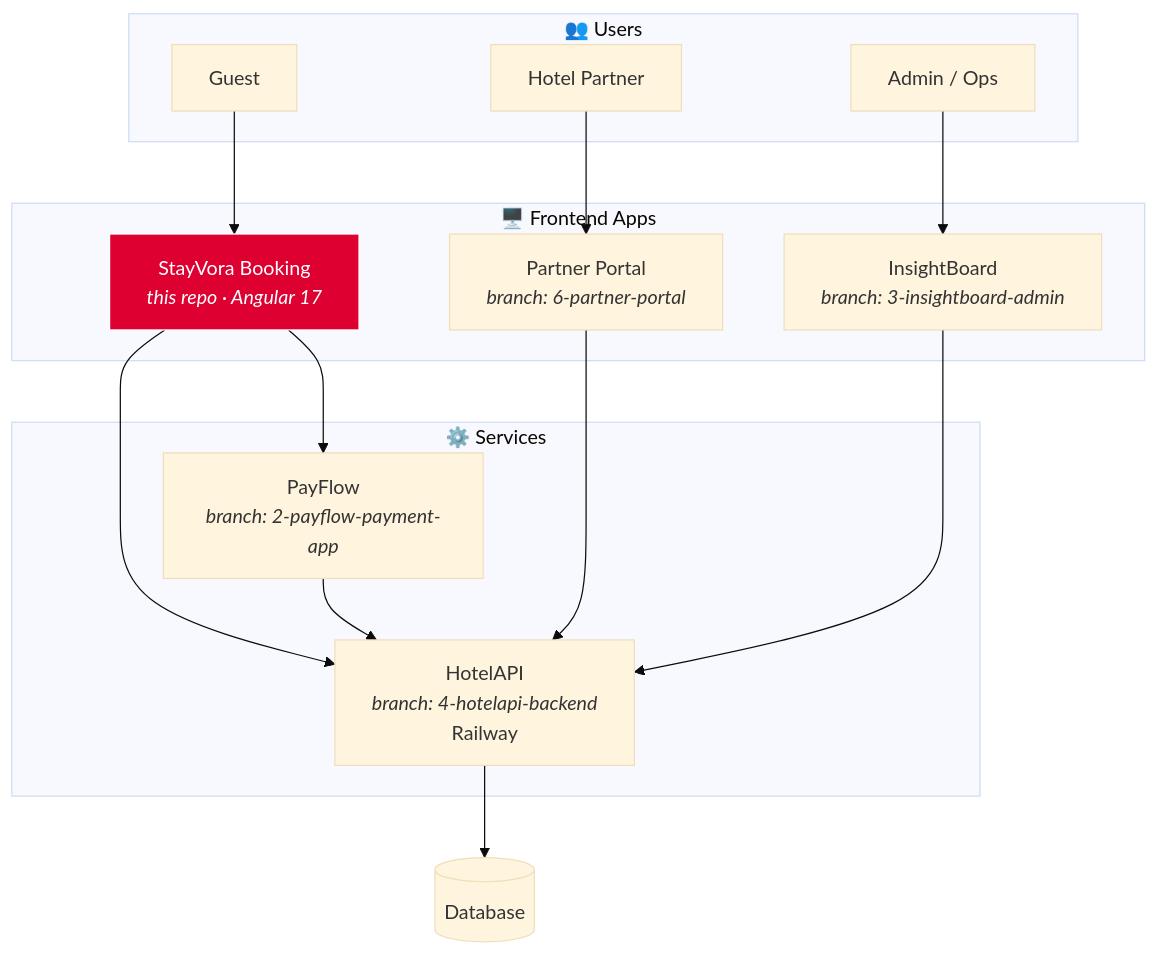
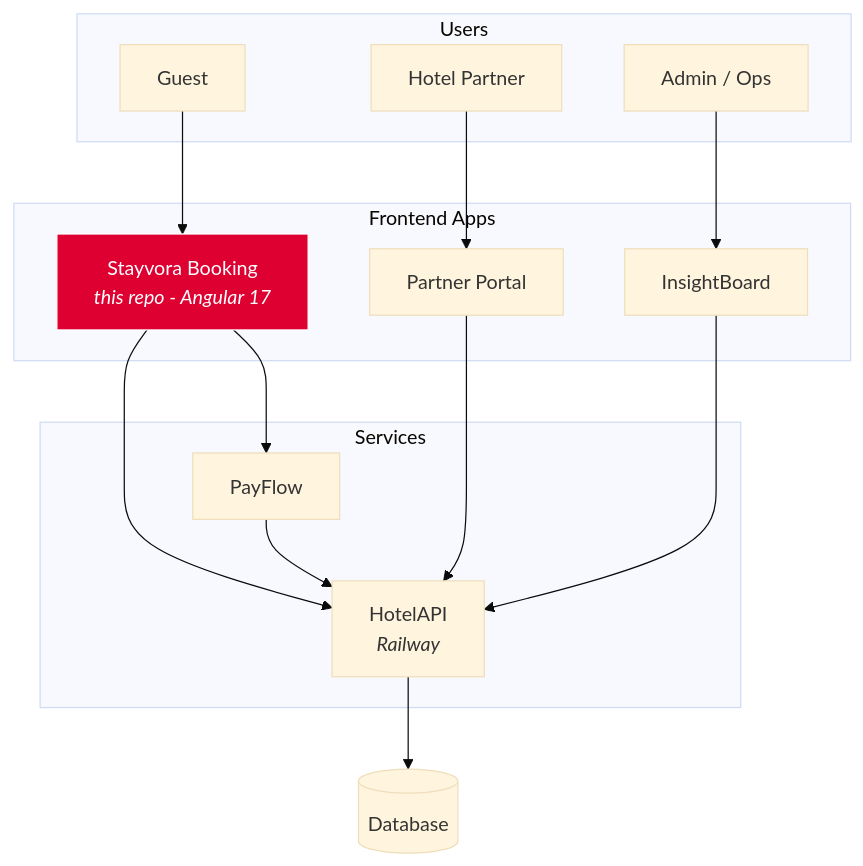
Before and after one commit to athitthiyan/StayVora: the diagram in README.md, drawn with Mermaid (base theme). The commit also changed other lines of this file and 17 other files, not shown here.

````diff
--- a/README.md
+++ b/README.md
@@ -53,35 +48,34 @@
 ```mermaid
 graph TB
-    subgraph Users["👥 Users"]
+    subgraph Users["Users"]
         Guest[Guest]
         Partner[Hotel Partner]
         Admin[Admin / Ops]
     end
 
-    subgraph Frontends["🖥️ Frontend Apps"]
-        Booking["StayVora Booking<br/><i>this repo · Angular 17</i>"]
-        PartnerPortal["Partner Portal<br/><i>branch: 6-partner-portal</i>"]
-        InsightBoard["InsightBoard<br/><i>branch: 3-insightboard-admin</i>"]
+    subgraph Frontends["Frontend Apps"]
+        Booking["Stayvora Booking<br/><i>this repo - Angular 17</i>"]
+        PartnerPortal["Partner Portal"]
+        InsightBoard["InsightBoard"]
     end
 
-    subgraph Services["⚙️ Services"]
-        API["HotelAPI<br/><i>branch: 4-hotelapi-backend</i><br/>Railway"]
-        PayFlow["PayFlow<br/><i>branch: 2-payflow-payment-app</i>"]
+    subgraph Services["Services"]
+        API["HotelAPI<br/><i>Railway</i>"]
+        PayFlow["PayFlow"]
     end
 
     DB[("Database")]
 
     Guest --> Booking
     Partner --> PartnerPortal
     Admin --> InsightBoard
-
     Booking --> API
     Booking --> PayFlow
     PartnerPortal --> API
     InsightBoard --> API
     PayFlow --> API
     API --> DB
 
     classDef thisRepo fill:#DD0031,stroke:#fff,color:#fff
     class Booking thisRepo
 ```
````
